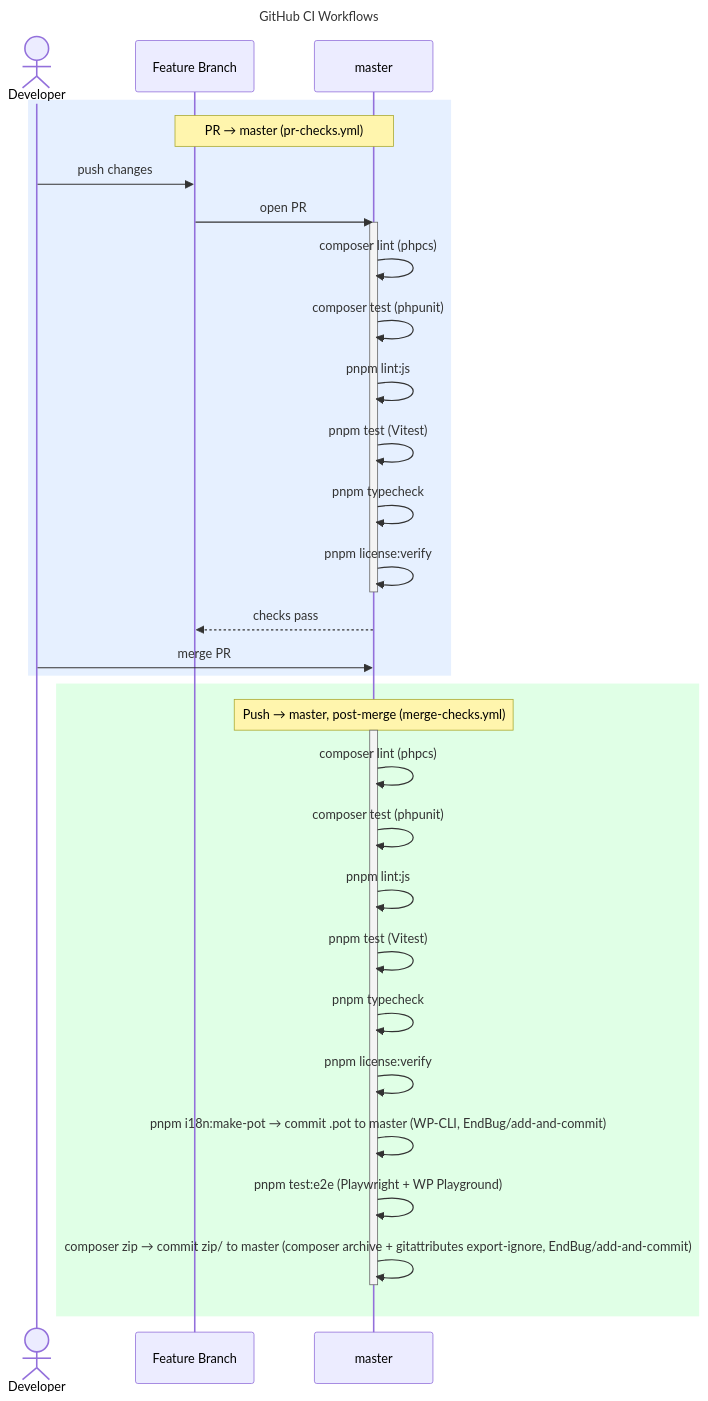
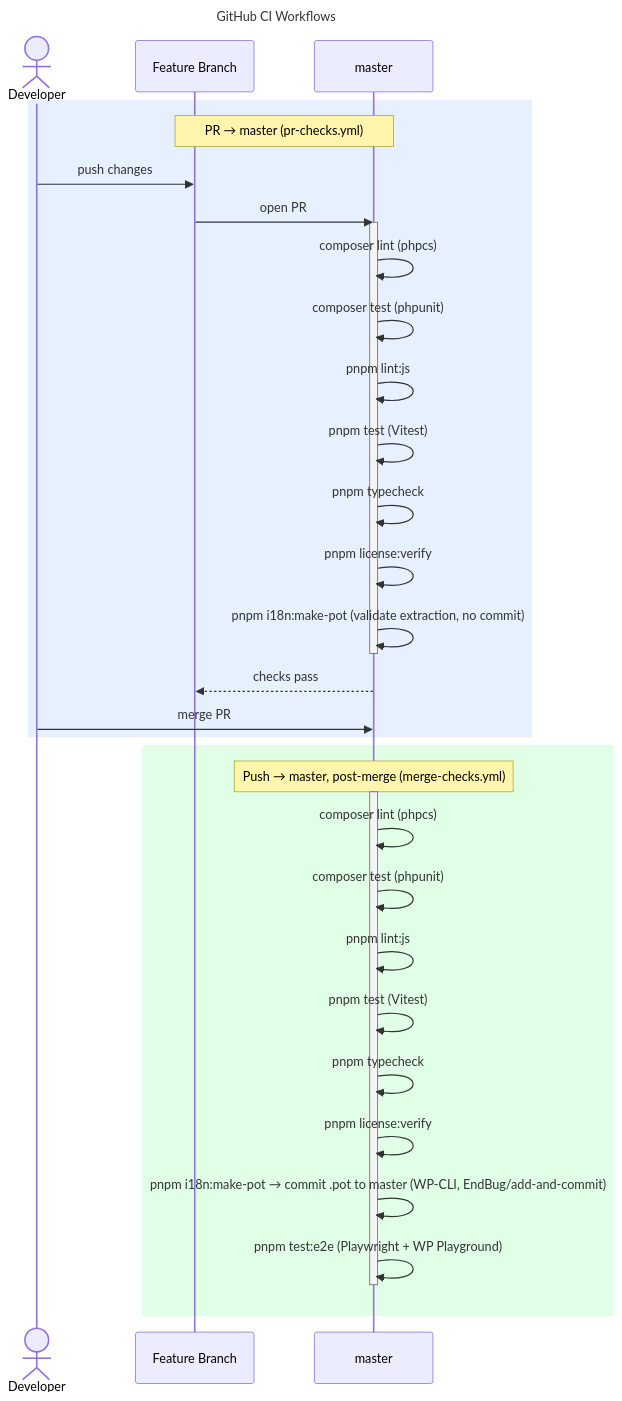
The diagram in docs/contracts/ci-workflow.mmd (erdembircan/battery-surf-bench), drawn with Mermaid before and after one commit. The commit also changed 3 other files, not shown here.

```diff
--- a/docs/contracts/ci-workflow.mmd
+++ b/docs/contracts/ci-workflow.mmd
@@ -1,38 +1,38 @@
 ---
 title: GitHub CI Workflows
 ---
 sequenceDiagram
     actor Dev as Developer
     participant FB as Feature Branch
     participant M as master
 
     rect rgb(230, 240, 255)
         Note over FB,M: PR → master (pr-checks.yml)
         Dev->>FB: push changes
         FB->>M: open PR
         activate M
         M->>M: composer lint (phpcs)
         M->>M: composer test (phpunit)
         M->>M: pnpm lint:js
         M->>M: pnpm test (Vitest)
         M->>M: pnpm typecheck
         M->>M: pnpm license:verify
+        M->>M: pnpm i18n:make-pot (validate extraction, no commit)
         deactivate M
         M-->>FB: checks pass
         Dev->>M: merge PR
     end
 
     rect rgb(224, 255, 230)
         Note over M: Push → master, post-merge (merge-checks.yml)
         activate M
         M->>M: composer lint (phpcs)
         M->>M: composer test (phpunit)
         M->>M: pnpm lint:js
         M->>M: pnpm test (Vitest)
         M->>M: pnpm typecheck
         M->>M: pnpm license:verify
         M->>M: pnpm i18n:make-pot → commit .pot to master (WP-CLI, EndBug/add-and-commit)
         M->>M: pnpm test:e2e (Playwright + WP Playground)
-        M->>M: composer zip → commit zip/ to master (composer archive + gitattributes export-ignore, EndBug/add-and-commit)
         deactivate M
     end
```
